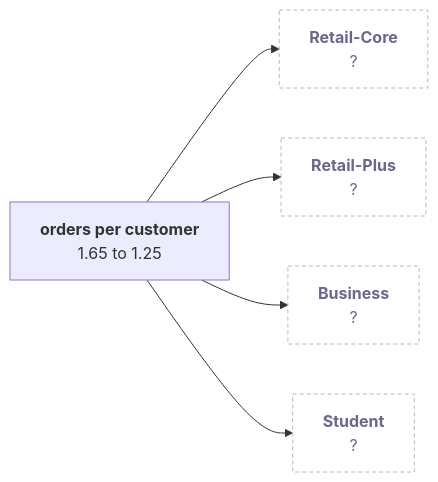
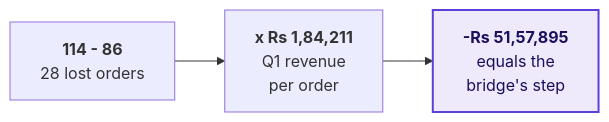
Before and after one commit to fde-academy-lab/c2-content-factory: diagram 14 of 26 in content/W01/D2/slides/C2_W01_D02_half1_STUDENT.md, drawn with Mermaid. The commit also changed other lines of this file and 11 other files, not shown here.

````diff
--- a/content/W01/D2/slides/C2_W01_D02_half1_STUDENT.md
+++ b/content/W01/D2/slides/C2_W01_D02_half1_STUDENT.md
@@ -659,9 +620,7 @@
 ```mermaid
 flowchart LR
-    T["<b>orders per customer</b><br/>1.65 to 1.25"] --> A["<b>Retail-Core</b><br/>?"]
-    T --> B["<b>Retail-Plus</b><br/>?"]
-    T --> C["<b>Business</b><br/>?"]
-    T --> D["<b>Student</b><br/>?"]
-    classDef unknown fill:#FFFFFF,stroke:#B8B2D6,color:#6B6690,stroke-dasharray:4 3
-    class A,B,C,D unknown
+    A["<b>114 - 86</b><br/>28 lost orders"] --> B["<b>x Rs 1,84,211</b><br/>Q1 revenue<br/>per order"]
+    B --> C["<b>-Rs 51,57,895</b><br/>equals the<br/>bridge's step"]
+    classDef known fill:#EEEAFB,stroke:#5B3FD6,color:#1A0F5C,stroke-width:2px
+    class C known
 ```
````
